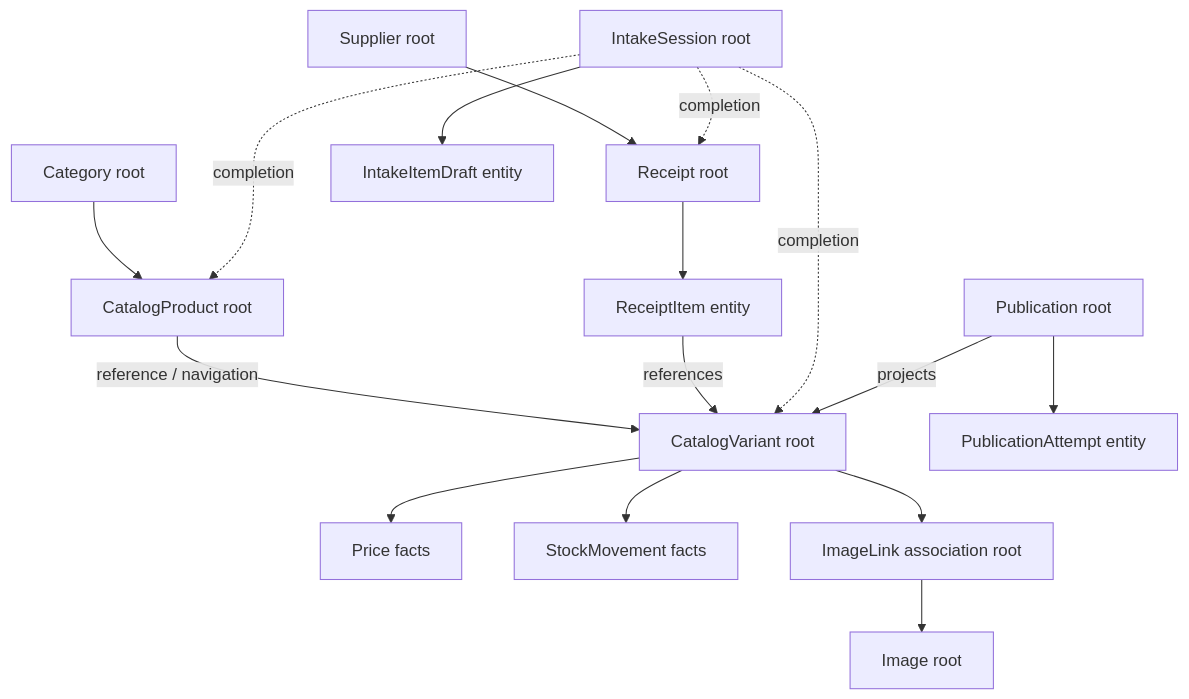
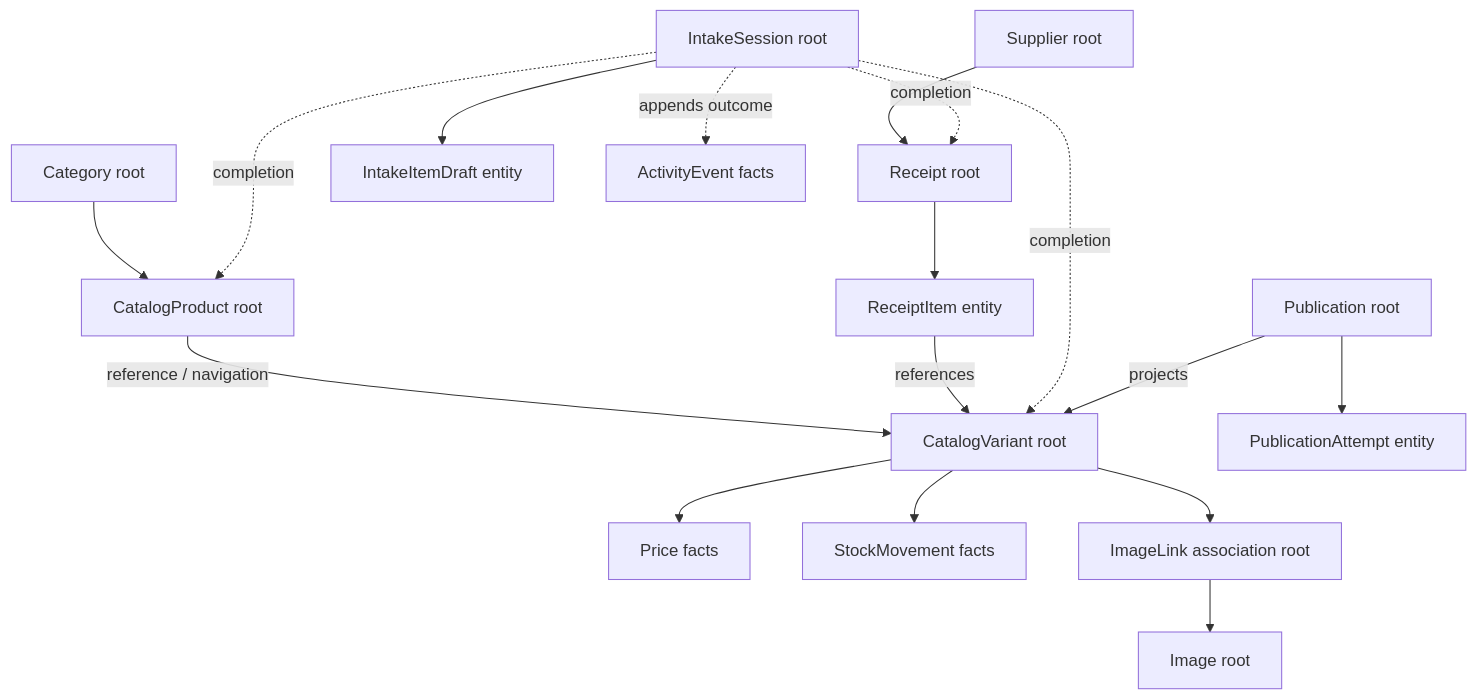
One commit to dimarchenkov/core changed the first of 3 diagrams in docs/architecture_review/04_domain_model.md. Above: the diagram before and after it, drawn with Mermaid. The commit also changed other lines of this file and 23 other files, not shown here.

Commit message:
Add operational intake activity events

````diff
--- a/docs/architecture_review/04_domain_model.md
+++ b/docs/architecture_review/04_domain_model.md
@@ -24,21 +25,22 @@
 ```mermaid
 flowchart TB
     Category["Category root"] --> Product["CatalogProduct root"]
     Product -->|reference / navigation| Variant["CatalogVariant root"]
     Variant --> Price["Price facts"]
     Variant --> Movement["StockMovement facts"]
     Variant --> ImageLink["ImageLink association root"]
     ImageLink --> Image["Image root"]
 
     Supplier["Supplier root"] --> Receipt["Receipt root"]
     Receipt --> ReceiptItem["ReceiptItem entity"]
     ReceiptItem -->|references| Variant
 
     Intake["IntakeSession root"] --> IntakeItem["IntakeItemDraft entity"]
     Intake -. completion .-> Product
     Intake -. completion .-> Variant
     Intake -. completion .-> Receipt
+    Intake -. appends outcome .-> Activity["ActivityEvent facts"]
 
     Publication["Publication root"] --> Attempt["PublicationAttempt entity"]
     Publication -->|projects| Variant
 ```
````
